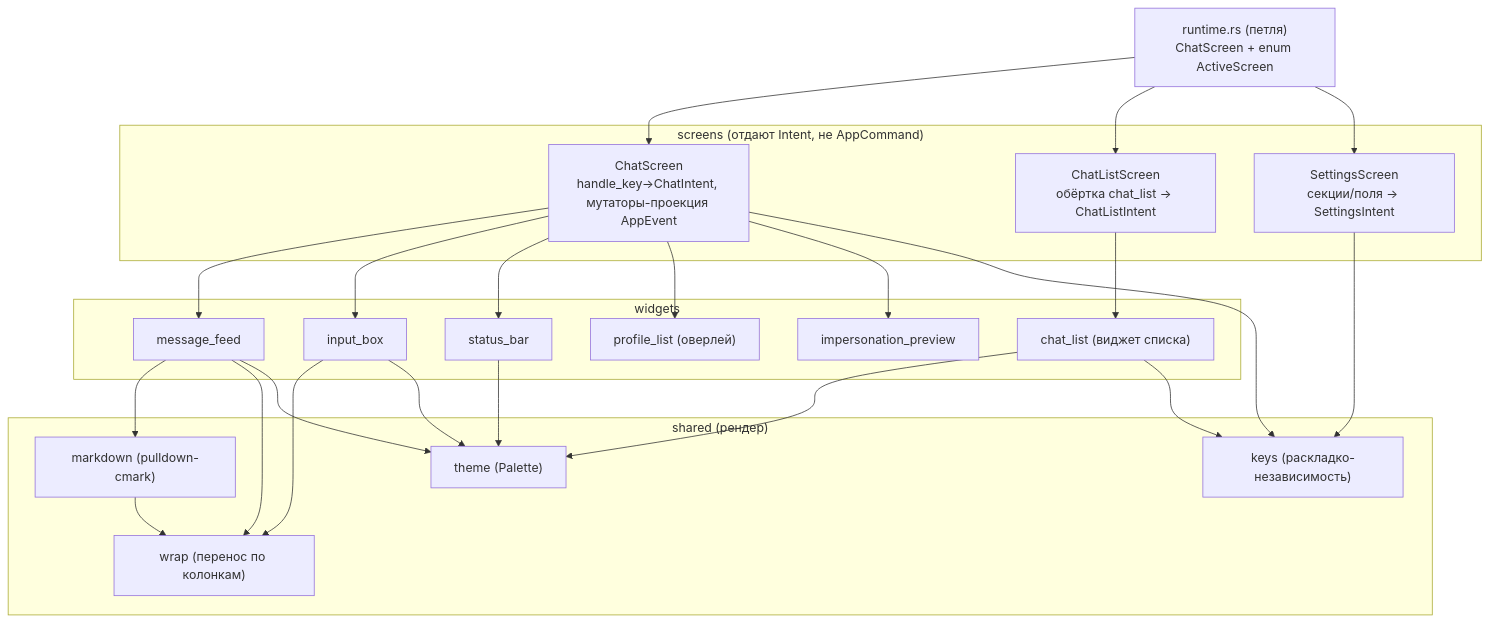
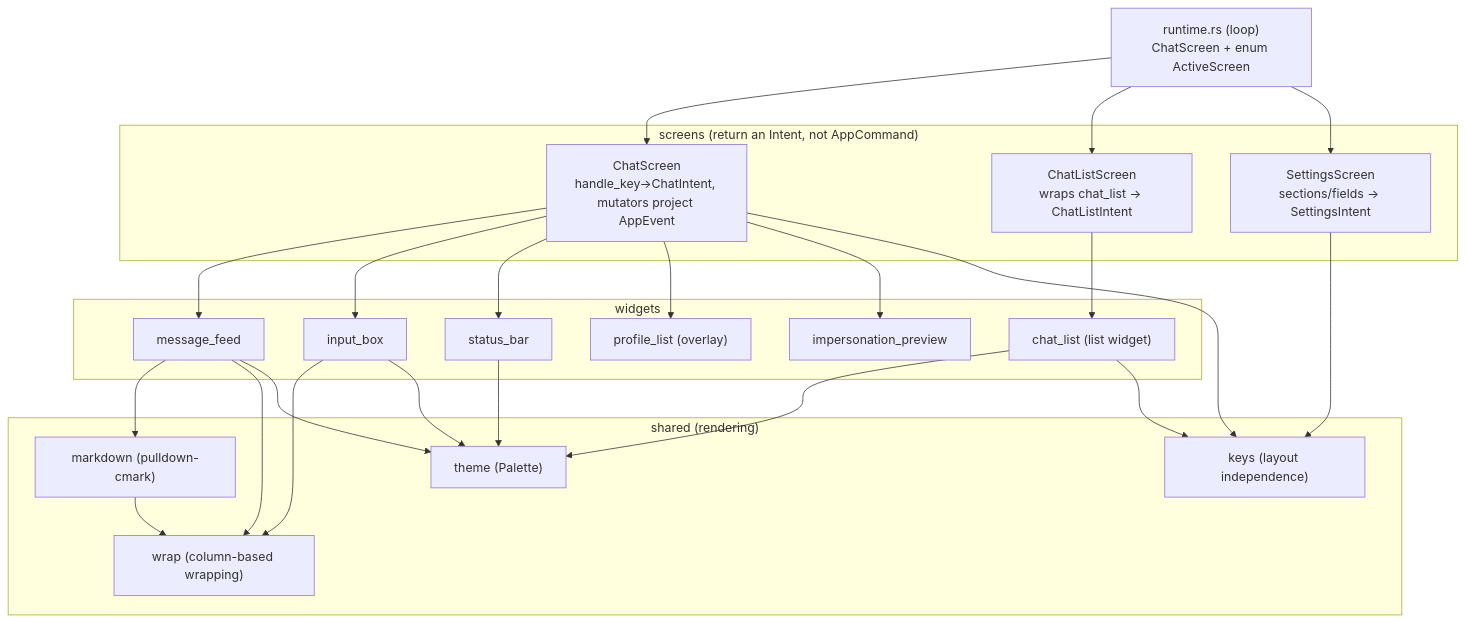
Diagram 16 of 17 in docs/architecture.md (vshylov/mindfork-rs), drawn with Mermaid before and after one commit. The commit also changed other lines of this file and 18 other files, not shown here.

````diff
--- a/docs/architecture.md
+++ b/docs/architecture.md
@@ -1454,34 +1585,34 @@
 ```mermaid
 flowchart TB
-    RT["runtime.rs (петля)<br/>ChatScreen + enum ActiveScreen"]
-    subgraph SC["screens (отдают Intent, не AppCommand)"]
-        CHAT["ChatScreen<br/>handle_key→ChatIntent, мутаторы-проекция AppEvent"]
-        CLS["ChatListScreen<br/>обёртка chat_list → ChatListIntent"]
-        SET["SettingsScreen<br/>секции/поля → SettingsIntent"]
+    RT["runtime.rs (loop)<br/>ChatScreen + enum ActiveScreen"]
+    subgraph SC["screens (return an Intent, not AppCommand)"]
+        CHAT["ChatScreen<br/>handle_key→ChatIntent, mutators project AppEvent"]
+        CLS["ChatListScreen<br/>wraps chat_list → ChatListIntent"]
+        SET["SettingsScreen<br/>sections/fields → SettingsIntent"]
     end
     subgraph WG["widgets"]
         FEED["message_feed"]
         INP["input_box"]
-        CL["chat_list (виджет списка)"]
+        CL["chat_list (list widget)"]
         SB["status_bar"]
-        PL["profile_list (оверлей)"]
+        PL["profile_list (overlay)"]
         IP["impersonation_preview"]
     end
-    subgraph SH["shared (рендер)"]
+    subgraph SH["shared (rendering)"]
         MD["markdown (pulldown-cmark)"]
-        WR["wrap (перенос по колонкам)"]
+        WR["wrap (column-based wrapping)"]
         TH["theme (Palette)"]
-        KEY["keys (раскладко-независимость)"]
+        KEY["keys (layout independence)"]
     end
 
     RT --> CHAT
     RT --> CLS
     RT --> SET
     CHAT --> FEED & INP & SB & PL & IP
     CLS --> CL
     FEED --> MD --> WR
     FEED --> WR
     INP --> WR
     FEED & SB & INP & CL --> TH
     CHAT & SET & CL --> KEY
 ```
````
